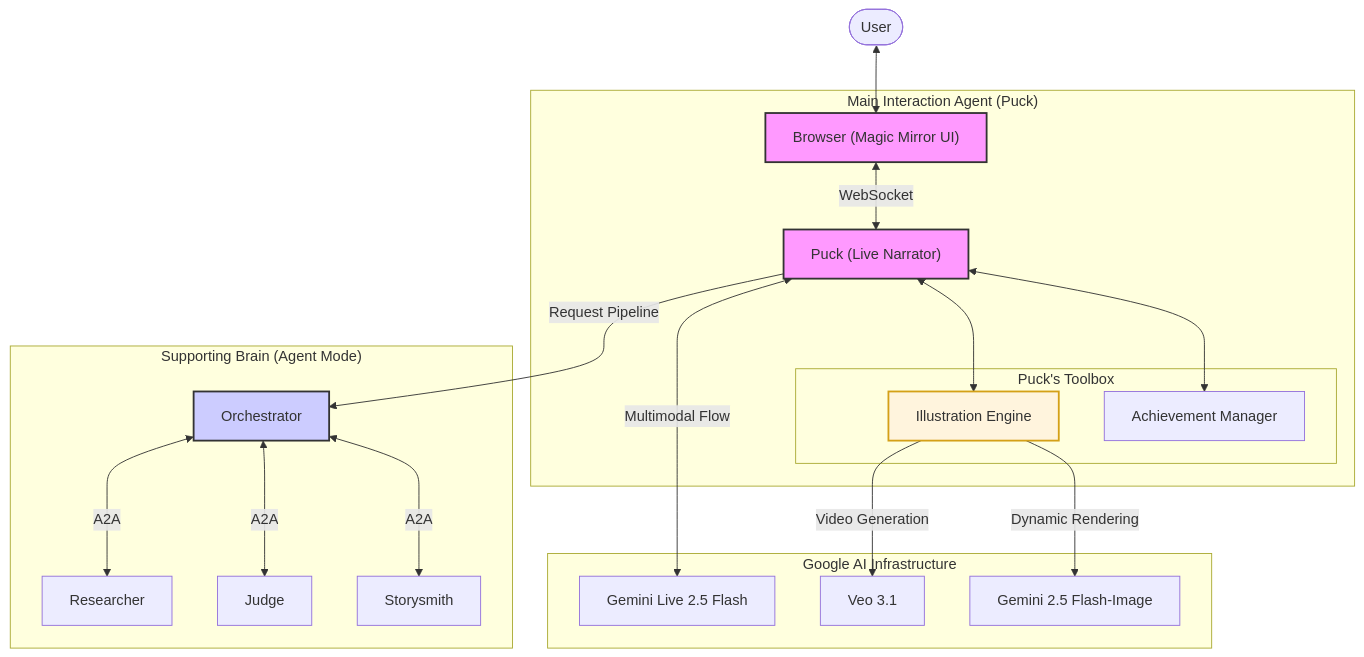
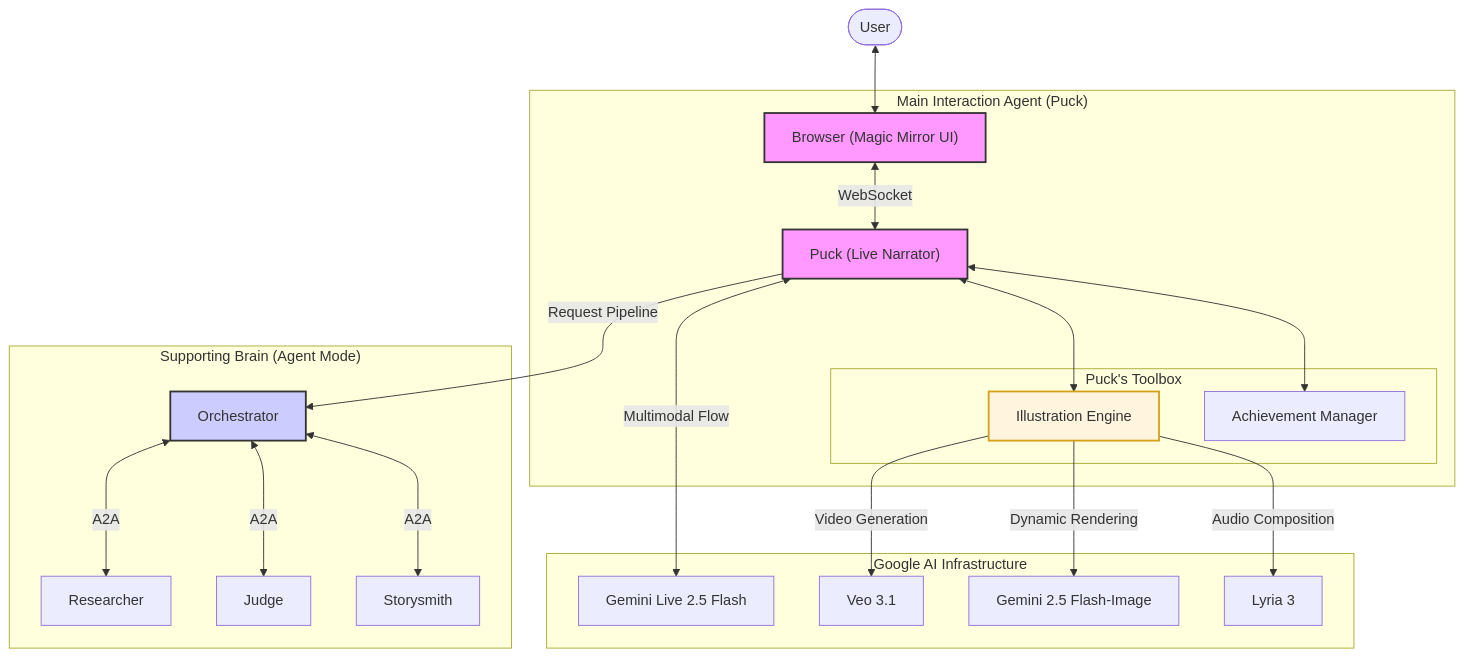
One commit to vero-code/gemini-tales-v2 changed the first of 4 diagrams in ARCHITECTURE.md. Above: the diagram before and after it, drawn with Mermaid. The commit also changed other lines of this file and 1 other file, not shown here.

Commit message:
docs: Lyria 3 updates

````diff
--- a/ARCHITECTURE.md
+++ b/ARCHITECTURE.md
@@ -32,32 +32,33 @@
 ```mermaid
 graph TD
     User([User]) <--> Browser["Browser (Magic Mirror UI)"]
     
     subgraph "Main Interaction Agent (Puck)"
         Browser <-->|WebSocket| Puck["Puck (Live Narrator)"]
         subgraph "Puck's Toolbox"
             Illustrator["Illustration Engine"]
             Awards["Achievement Manager"]
         end
         Puck <--> Illustrator
         Puck <--> Awards
     end
     
     subgraph "Google AI Infrastructure"
         Puck <-->|Multimodal Flow| GeminiLive[Gemini Live 2.5 Flash]
         Illustrator -->|Video Generation| Veo[Veo 3.1]
         Illustrator -->|Dynamic Rendering| FlashImage[Gemini 2.5 Flash-Image]
+        Illustrator -->|Audio Composition| Lyria3[Lyria 3]
     end
     
     subgraph "Supporting Brain (Agent Mode)"
         Puck -->|Request Pipeline| Orchestrator[Orchestrator]
         Orchestrator <-->|A2A| Researcher[Researcher]
         Orchestrator <-->|A2A| Judge[Judge]
         Orchestrator <-->|A2A| Storysmith[Storysmith]
     end
     
     style Browser fill:#f9f,stroke:#333,stroke-width:2px
     style Puck fill:#f9f,stroke:#333,stroke-width:2px
     style Orchestrator fill:#ccf,stroke:#333,stroke-width:2px
     style Illustrator fill:#fff4dd,stroke:#d4a017,stroke-width:2px
 ```
````
